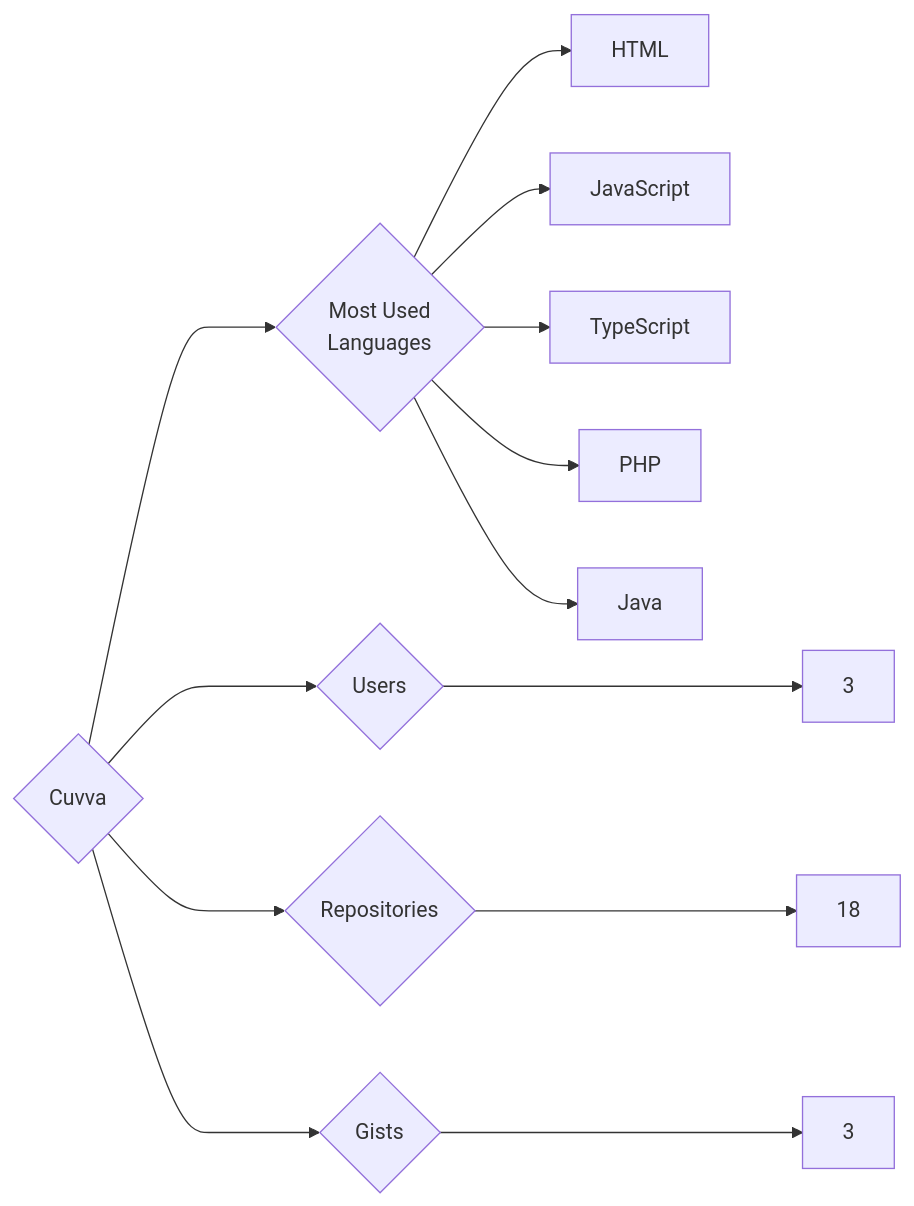
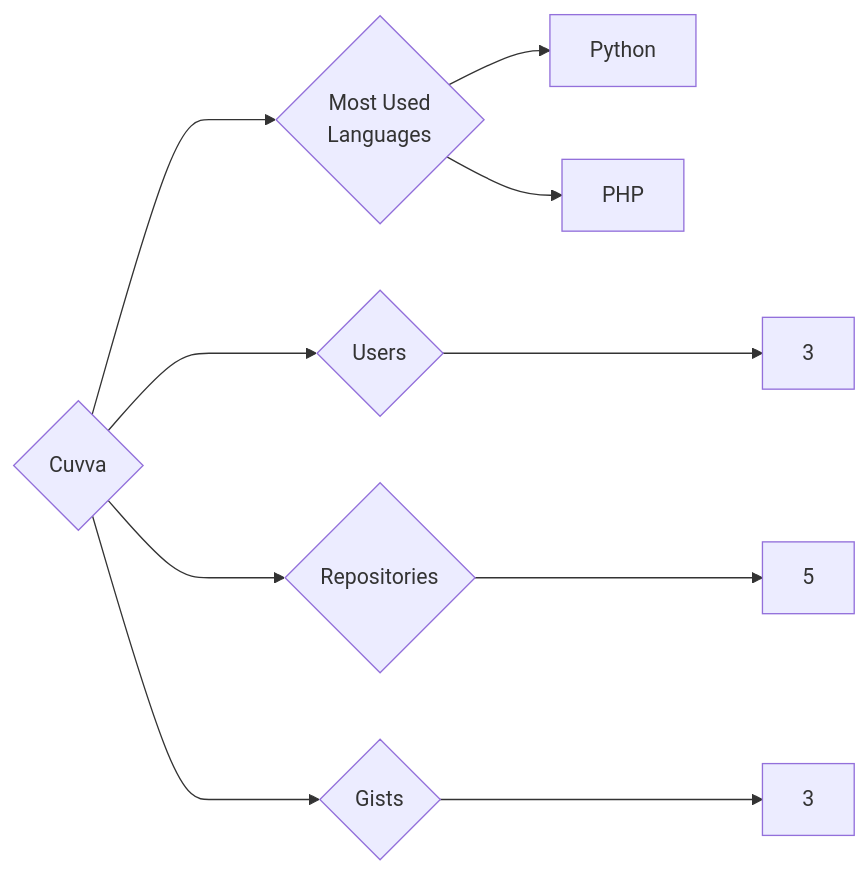
Before and after one commit to trickest/insiders: the diagram in targets/Cuvva/README.md, drawn with Mermaid. The commit also changed 912 other files, not shown here.

````diff
--- a/targets/Cuvva/README.md
+++ b/targets/Cuvva/README.md
@@ -3,13 +3,10 @@
 ```mermaid
 graph LR
 COMPANY_NAME{Cuvva}
 COMPANY_NAME ---> U{Users} ---> UN[3]
-COMPANY_NAME ---> R{Repositories} ---> RN[18]
+COMPANY_NAME ---> R{Repositories} ---> RN[5]
 COMPANY_NAME ---> G{Gists} ---> GN[3]
 COMPANY_NAME ---> ML{Most Used<br>Languages}
-ML --> HTML[HTML]
-ML --> JavaScript[JavaScript]
-ML --> TypeScript[TypeScript]
+ML --> Python[Python]
 ML --> PHP[PHP]
-ML --> Java[Java]
 ```
````
